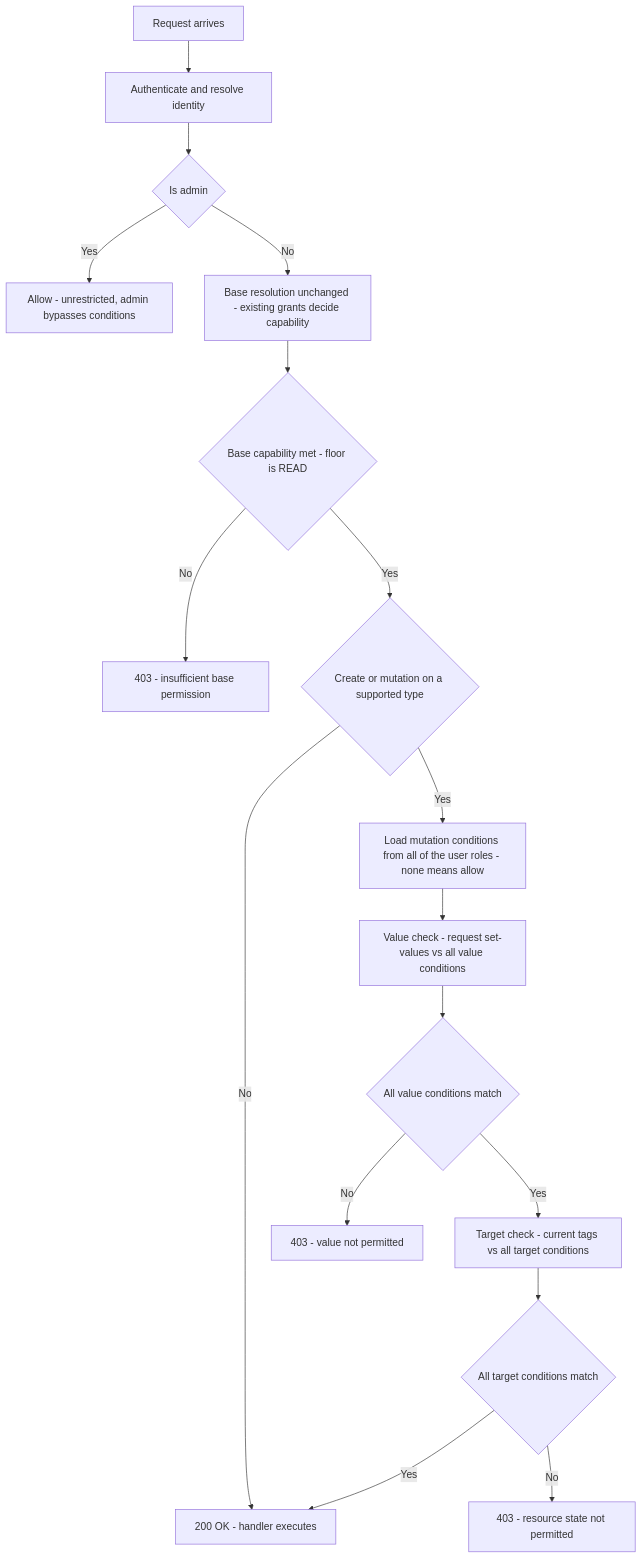
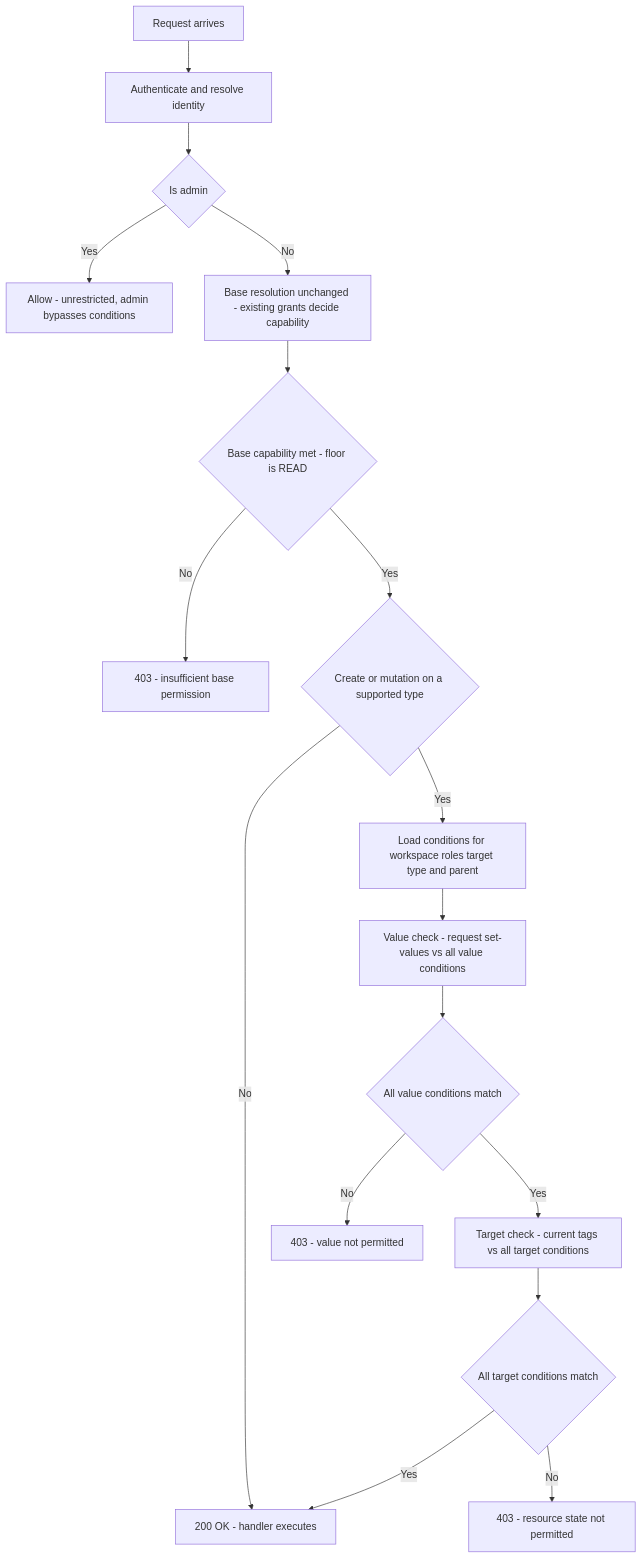
One commit to mlflow/rfcs changed the second of 3 diagrams in rfcs/0000-condition-based-access-control/0000-condition-based-access-control.md. Above: the diagram before and after it, drawn with Mermaid. The commit also changed other lines of this file, not shown here.

````diff
--- a/rfcs/0000-condition-based-access-control/0000-condition-based-access-control.md
+++ b/rfcs/0000-condition-based-access-control/0000-condition-based-access-control.md
@@ -261,19 +274,19 @@
 ```mermaid
 flowchart TD
     REQ[Request arrives] --> AUTHN[Authenticate and resolve identity]
     AUTHN --> ADMIN{Is admin}
     ADMIN -->|Yes| ALLOW[Allow - unrestricted, admin bypasses conditions]
     ADMIN -->|No| BASE["Base resolution unchanged - existing grants decide capability"]
     BASE --> BASE_CHECK{Base capability met - floor is READ}
     BASE_CHECK -->|No| DENY0[403 - insufficient base permission]
     BASE_CHECK -->|Yes| MUTATING{Create or mutation on a supported type}
     MUTATING -->|No| HANDLER[200 OK - handler executes]
-    MUTATING -->|Yes| LOADC[Load mutation conditions from all of the user roles - none means allow]
+    MUTATING -->|Yes| LOADC[Load conditions for workspace roles target type and parent]
     LOADC --> VALUE[Value check - request set-values vs all value conditions]
     VALUE --> VOK{All value conditions match}
     VOK -->|No| DENYV[403 - value not permitted]
     VOK -->|Yes| TARGET[Target check - current tags vs all target conditions]
     TARGET --> TOK{All target conditions match}
     TOK -->|Yes| HANDLER
     TOK -->|No| DENYT[403 - resource state not permitted]
 ```
````
